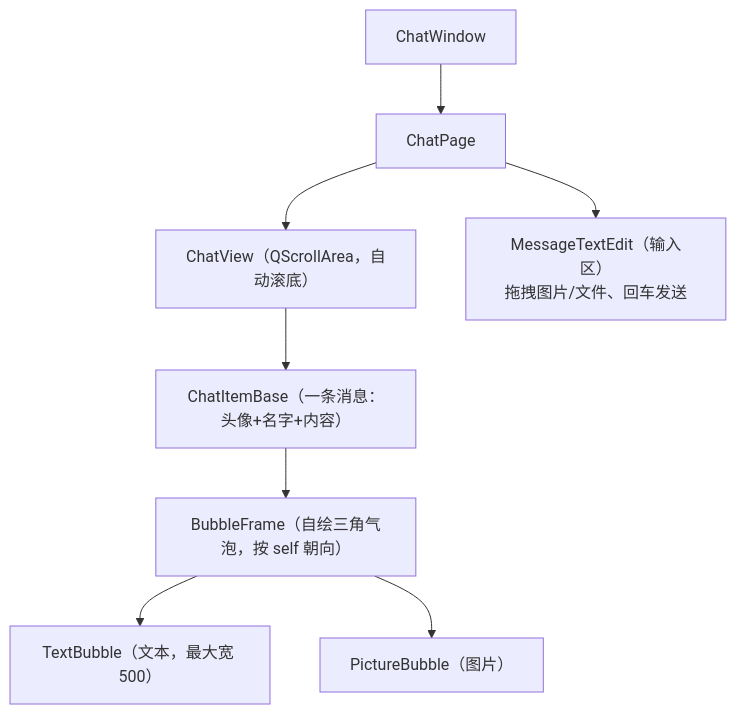
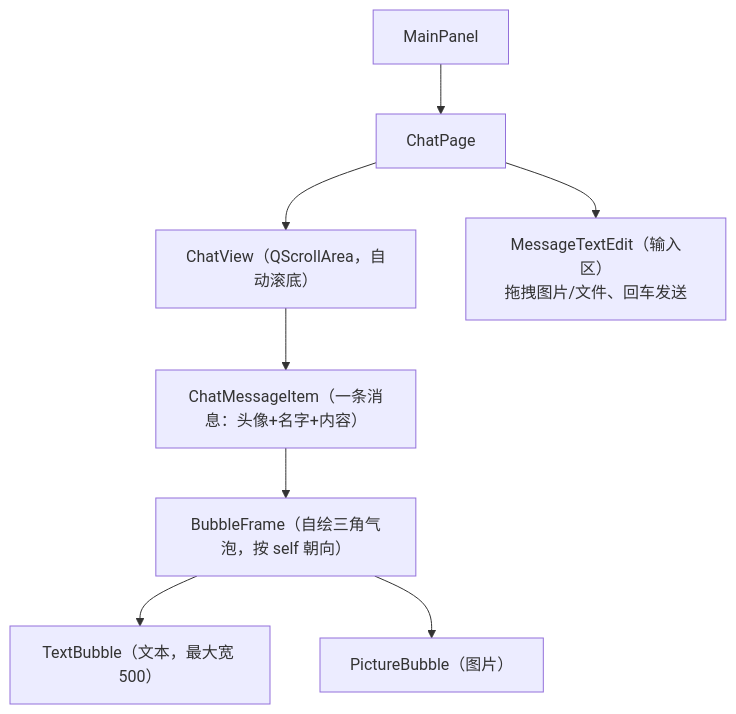
The ninth of 10 diagrams in Client/README.md (codeT2001/MyChat), drawn with Mermaid before and after one commit. The commit also changed other lines of this file and 132 other files, not shown here.

````diff
--- a/Client/README.md
+++ b/Client/README.md
@@ -385,10 +385,10 @@
 ```mermaid
 graph TD
-    CW["ChatWindow"] --> CP["ChatPage"]
+    CW["MainPanel"] --> CP["ChatPage"]
     CP --> View["ChatView（QScrollArea，自动滚底）"]
-    View --> Item["ChatItemBase（一条消息：头像+名字+内容）"]
+    View --> Item["ChatMessageItem（一条消息：头像+名字+内容）"]
     Item --> Bubble["BubbleFrame（自绘三角气泡，按 self 朝向）"]
     Bubble --> TB["TextBubble（文本，最大宽 500）"]
     Bubble --> PB["PictureBubble（图片）"]
     CP --> Edit["MessageTextEdit（输入区）<br/>拖拽图片/文件、回车发送"]
 ```
````
